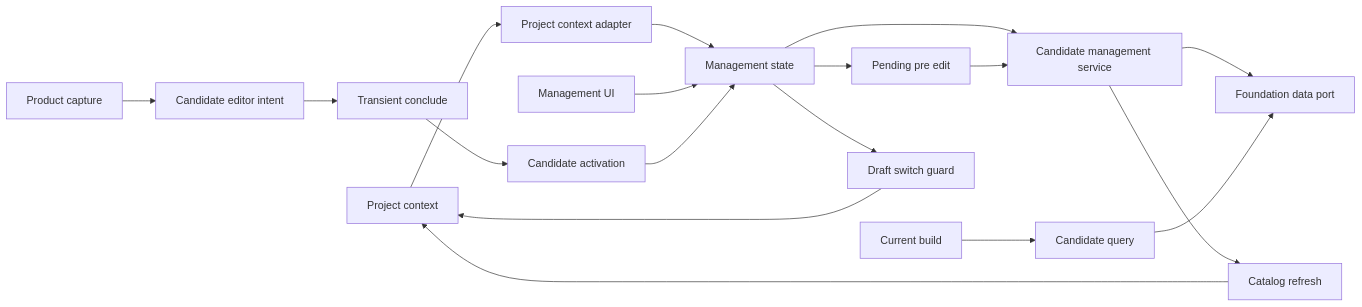
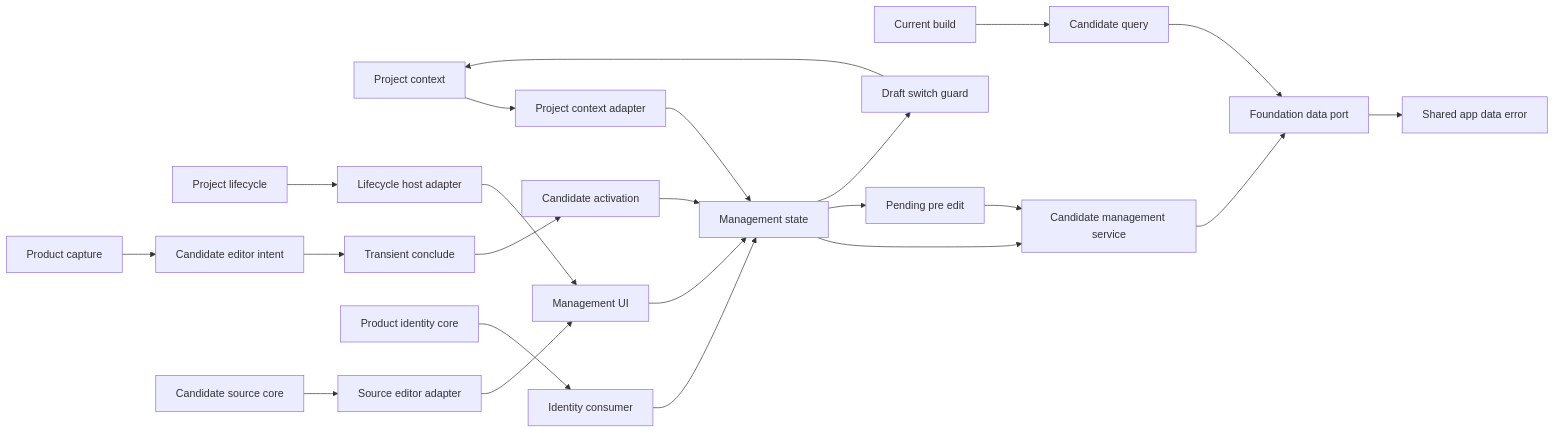
One commit to Huruikagi/pc-build-planner changed the first of 2 diagrams in .kiro/specs/project-candidate-management/design.md. Above: the diagram before and after it, drawn with Mermaid. The commit also changed other lines of this file and 85 other files, not shown here.

````diff
--- a/.kiro/specs/project-candidate-management/design.md
+++ b/.kiro/specs/project-candidate-management/design.md
@@ -72,20 +89,25 @@
 ```mermaid
 graph LR
     Context[Project context] --> Adapter[Project context adapter]
+    Lifecycle[Project lifecycle] --> Host[Lifecycle host adapter]
+    Host --> UI
     Adapter --> VM[Management state]
     UI[Management UI] --> VM[Management state]
     VM --> Service[Candidate management service]
     Capture[Product capture] --> Intent[Candidate editor intent]
     Build[Current build] --> Query[Candidate query]
     Service --> Data[Foundation data port]
+    Data --> Error[Shared app data error]
     Query --> Data
+    SourceCore[Candidate source core] --> SourceAdapter[Source editor adapter]
+    SourceAdapter --> UI
+    Identity[Product identity core] --> IdentityConsumer[Identity consumer]
+    IdentityConsumer --> VM
     Intent --> Transient[Transient conclude]
     Transient --> Activation[Candidate activation]
     Activation --> VM
     VM --> PreEdit[Pending pre edit]
     PreEdit --> Service
     VM --> Guard[Draft switch guard]
     Guard --> Context
-    Service --> Refresh[Catalog refresh]
-    Refresh --> Context
 ```
````
